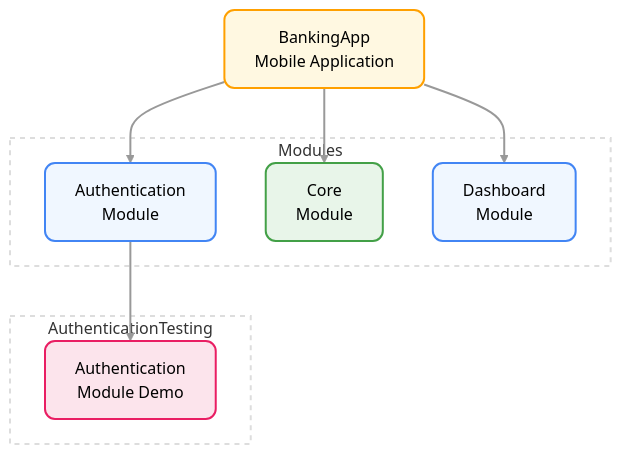
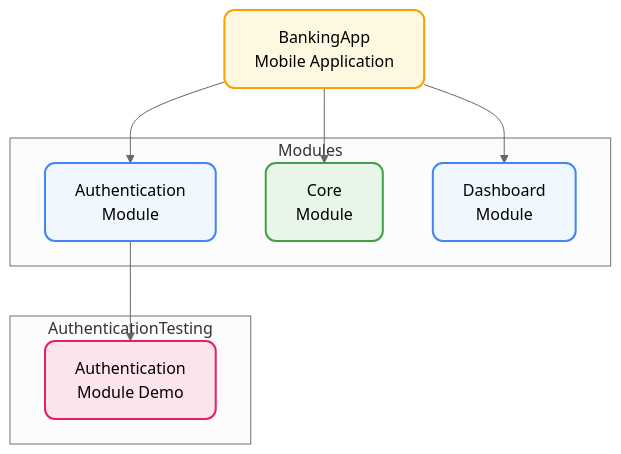
One commit to adithyabhat/BankingApp changed the diagram in README.md. Above: the diagram before and after it, drawn with Mermaid (neutral theme). The commit also changed other lines of this file, not shown here.

````diff
--- a/README.md
+++ b/README.md
@@ -4,33 +4,26 @@
 ```mermaid
 graph TD
     %% Define classes with lighter colors and rounded edges
     classDef moduleClass fill:#f0f7ff,stroke:#4285f4,stroke-width:2px,rx:10
     classDef appClass fill:#fff8e1,stroke:#ffa000,stroke-width:2px,rx:10
     classDef demoClass fill:#fce4ec,stroke:#e91e63,stroke-width:2px,rx:10
     classDef coreClass fill:#e8f5e9,stroke:#43a047,stroke-width:2px,rx:10
 
     BankingApp[BankingApp<br/>Mobile Application]:::appClass
     
     subgraph Modules
         AuthModule[Authentication<br/>Module]:::moduleClass
         CoreMod[Core<br/>Module]:::coreClass
         DashModule[Dashboard<br/>Module]:::moduleClass
     end
     
     subgraph AuthenticationTesting
         AuthDemo[Authentication<br/>Module Demo]:::demoClass
     end
 
     BankingApp --> AuthModule
     BankingApp --> CoreMod
     BankingApp --> DashModule
     
     AuthModule --> AuthDemo
-    
-    %% Styling for connections
-    linkStyle default stroke:#999,stroke-width:2px;
-    
-    %% Add labels with lighter borders
-    style Modules fill:none,stroke:#ddd,stroke-width:2px,stroke-dasharray: 5 5
-    style AuthenticationTesting fill:none,stroke:#ddd,stroke-width:2px,stroke-dasharray: 5 5
 ```
````
